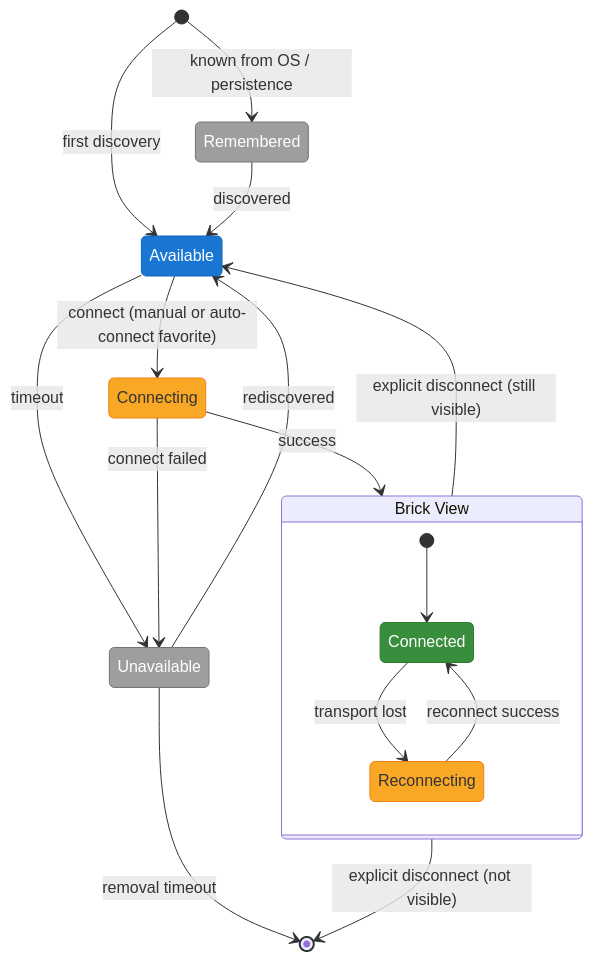
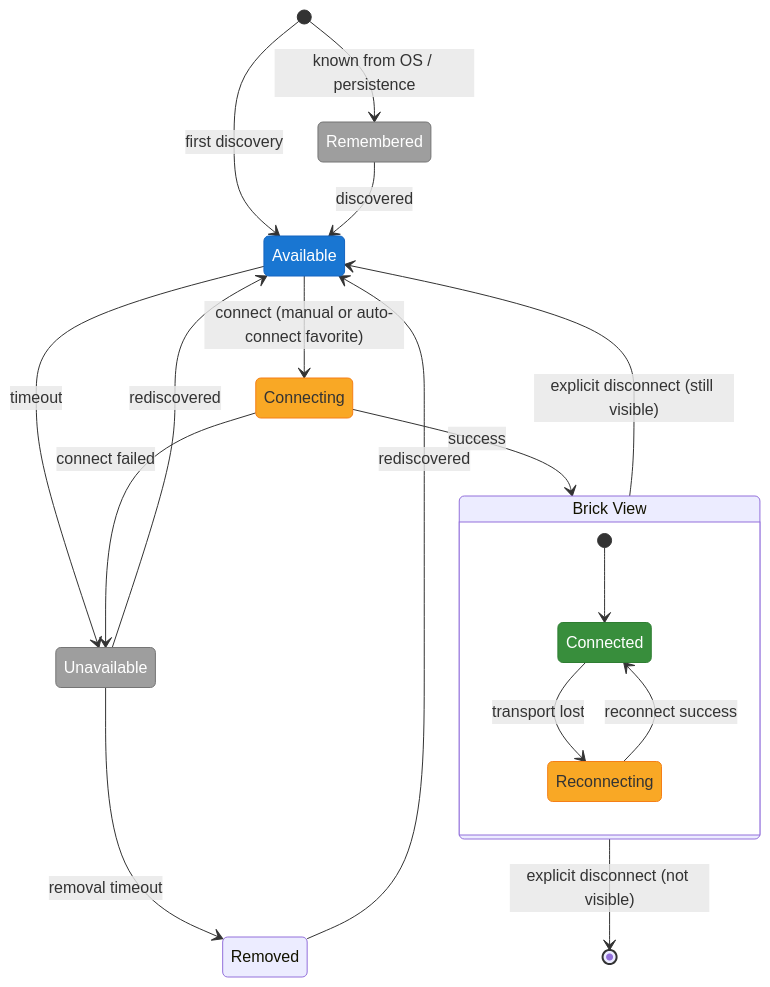
The fourth of 5 diagrams in DESIGN.md (99LevelsUp/ev3-cockpit), drawn with Mermaid before and after one commit. The commit also changed other lines of this file and 3 other files, not shown here.

````diff
--- a/DESIGN.md
+++ b/DESIGN.md
@@ -419,34 +424,35 @@
 ```mermaid
 stateDiagram-v2
     classDef gray fill:#9e9e9e,color:#fff,stroke:#757575
     classDef blue fill:#1976d2,color:#fff,stroke:#1565c0
     classDef yellow fill:#f9a825,color:#333,stroke:#f57f17
     classDef green fill:#388e3c,color:#fff,stroke:#2e7d32
 
     [*] --> Remembered : known from OS / persistence
     [*] --> Available : first discovery
     Remembered --> Available : discovered
     Available --> Unavailable : timeout
     Unavailable --> Available : rediscovered
-    Unavailable --> [*] : removal timeout
+    Unavailable --> Removed : removal timeout
+    Removed --> Available : rediscovered
 
     Available --> Connecting : connect (manual or auto-connect favorite)
     Connecting --> BrickView : success
     Connecting --> Unavailable : connect failed
 
     state "Brick View" as BrickView {
         [*] --> Connected
         Connected --> Reconnecting : transport lost
         Reconnecting --> Connected : reconnect success
     }
 
     BrickView --> Available : explicit disconnect (still visible)
     BrickView --> [*] : explicit disconnect (not visible)
 
     class Remembered gray
     class Available blue
     class Unavailable gray
     class Connecting yellow
     class Connected green
     class Reconnecting yellow
 ```
````
